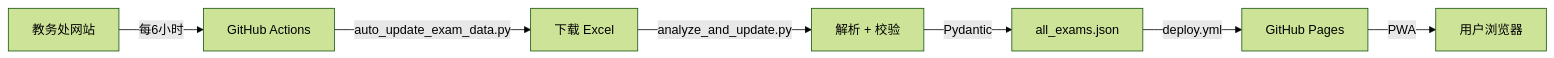
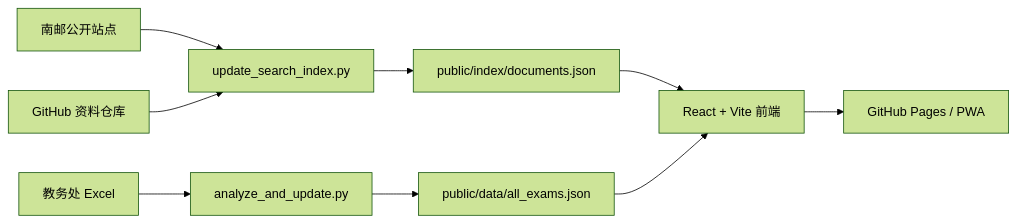
One commit to hicancan/njupt-search changed the diagram in README.md. Above: the diagram before and after it, drawn with Mermaid (forest theme). The commit also changed other lines of this file and 31 other files, not shown here.

Commit message:
feat: redesign layout, fix alignments, update search index

````diff
--- a/README.md
+++ b/README.md
@@ -167,9 +125,11 @@
 ```mermaid
 graph LR
-    A[教务处网站] -->|每6小时| B[GitHub Actions]
-    B -->|auto_update_exam_data.py| C[下载 Excel]
-    C -->|analyze_and_update.py| D[解析 + 校验]
-    D -->|Pydantic| E[all_exams.json]
-    E -->|deploy.yml| F[GitHub Pages]
-    F -->|PWA| G[用户浏览器]
+    A["南邮公开站点"] --> B["update_search_index.py"]
+    X["GitHub 资料仓库"] --> B
+    C["教务处 Excel"] --> D["analyze_and_update.py"]
+    B --> E["public/index/documents.json"]
+    D --> F["public/data/all_exams.json"]
+    E --> G["React + Vite 前端"]
+    F --> G
+    G --> H["GitHub Pages / PWA"]
 ```
````
